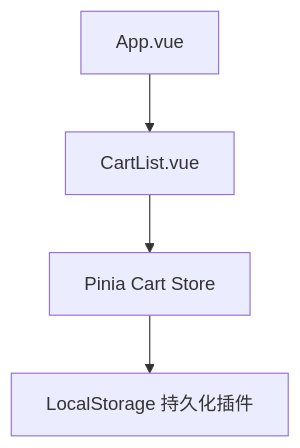
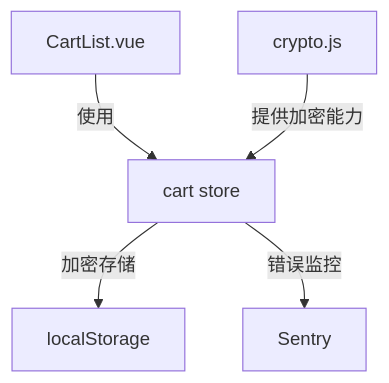
Before and after one commit to Arabeseque/SwiftCart: the diagram in DESIGN.md, drawn with Mermaid. The commit also changed other lines of this file and 10 other files, not shown here.

Commit message:
集成 Sentry 错误监控，添加 AES 加密功能以保护购物车数据，优化状态管理持久化存储

````diff
--- a/DESIGN.md
+++ b/DESIGN.md
@@ -4,6 +4,7 @@
 ```mermaid
 graph TD
-    A[App.vue] --> B[CartList.vue]
-    B --> C[Pinia Cart Store]
-    C --> D[LocalStorage 持久化插件]
+    A[CartList.vue] -->|使用| B[cart store]
+    B -->|加密存储| C[localStorage]
+    B -->|错误监控| D[Sentry]
+    E[crypto.js] -->|提供加密能力| B
 ```
````
